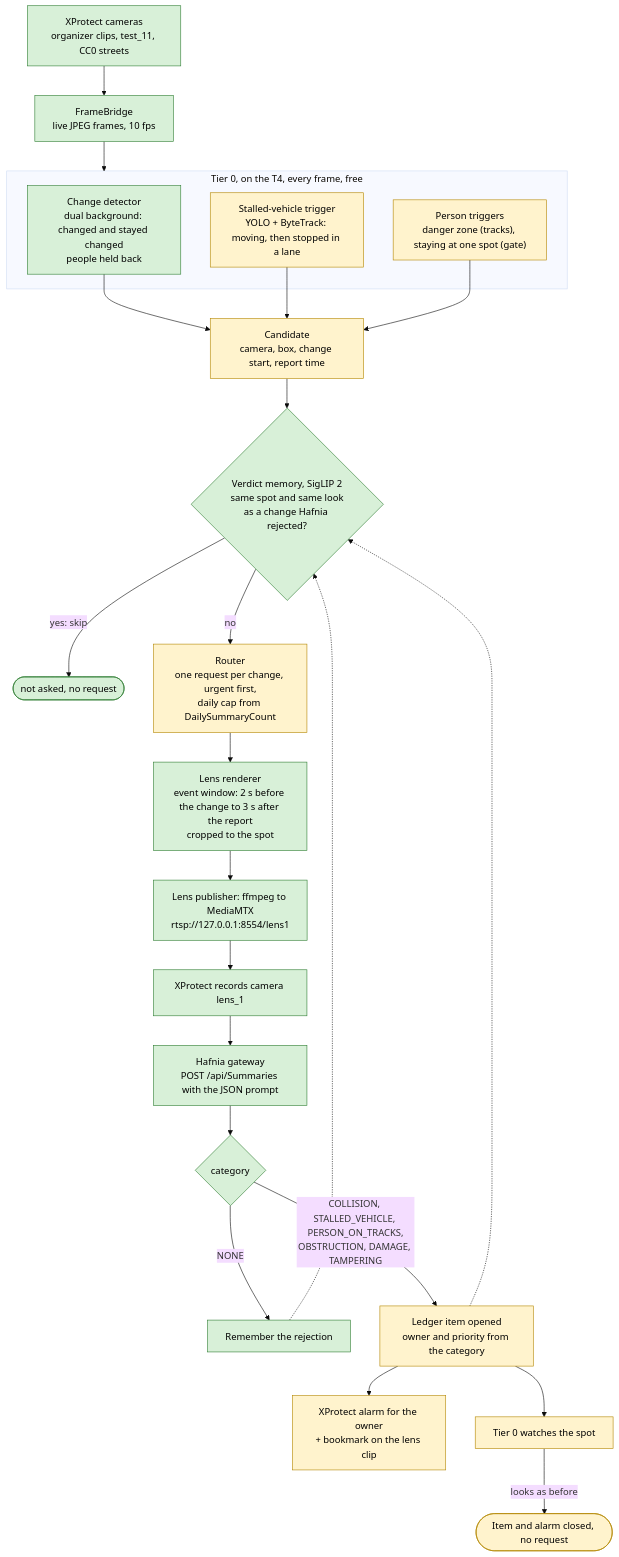
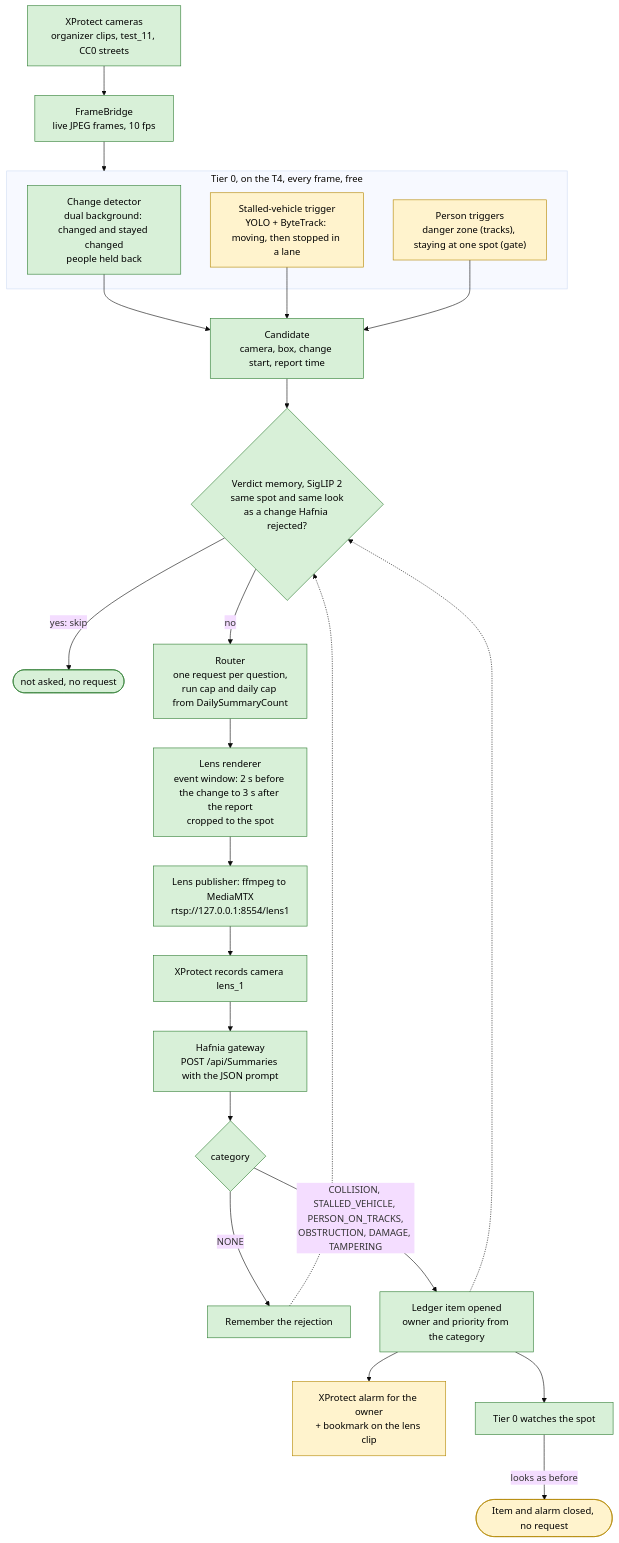
One commit to 1ho0jin1/clearway-hafnia changed the diagram in docs/PLAN-C.md. Above: the diagram before and after it, drawn with Mermaid (base theme). The commit also changed other lines of this file and 23 other files, not shown here.

````diff
--- a/docs/PLAN-C.md
+++ b/docs/PLAN-C.md
@@ -54,35 +54,35 @@
 ```mermaid
 flowchart TD
     CAM["XProtect cameras<br/>organizer clips, test_11, CC0 streets"] --> FB["FrameBridge<br/>live JPEG frames, 10 fps"]
     FB --> T0
 
     subgraph T0["Tier 0, on the T4, every frame, free"]
         CD["Change detector<br/>dual background: changed and stayed changed<br/>people held back"]
         SV["Stalled-vehicle trigger<br/>YOLO + ByteTrack: moving, then stopped in a lane"]
         PT["Person triggers<br/>danger zone (tracks), staying at one spot (gate)"]
     end
 
     CD --> CAND["Candidate<br/>camera, box, change start, report time"]
     SV --> CAND
     PT --> CAND
     CAND --> MEM{"Verdict memory, SigLIP 2<br/>same spot and same look<br/>as a change Hafnia rejected?"}
     MEM -- "yes: skip" --> DROP(["not asked, no request"])
-    MEM -- no --> RT["Router<br/>one request per change, urgent first,<br/>daily cap from DailySummaryCount"]
+    MEM -- no --> RT["Router<br/>one request per question,<br/>run cap and daily cap from DailySummaryCount"]
     RT --> LENS["Lens renderer<br/>event window: 2 s before the change to 3 s after the report<br/>cropped to the spot"]
     LENS --> PUB["Lens publisher: ffmpeg to MediaMTX<br/>rtsp://127.0.0.1:8554/lens1"]
     PUB --> L1["XProtect records camera lens_1"]
     L1 --> GW["Hafnia gateway<br/>POST /api/Summaries with the JSON prompt"]
     GW --> ANS{"category"}
     ANS -- NONE --> REJ["Remember the rejection"]
     REJ -.-> MEM
     ANS -- "COLLISION, STALLED_VEHICLE, PERSON_ON_TRACKS,<br/>OBSTRUCTION, DAMAGE, TAMPERING" --> ITEM["Ledger item opened<br/>owner and priority from the category"]
     ITEM --> ALARM["XProtect alarm for the owner<br/>+ bookmark on the lens clip"]
     ITEM -.-> MEM
     ITEM --> WATCH["Tier 0 watches the spot"]
     WATCH -- "looks as before" --> CLOSE(["Item and alarm closed, no request"])
 
     classDef built fill:#d8f0d8,stroke:#2e7d32,color:#000
     classDef planned fill:#fff3cd,stroke:#b38600,color:#000
-    class CAM,FB,CD,MEM,DROP,LENS,PUB,L1,GW,ANS,REJ built
-    class SV,PT,CAND,RT,ITEM,ALARM,WATCH,CLOSE planned
+    class CAM,FB,CD,CAND,MEM,DROP,RT,LENS,PUB,L1,GW,ANS,REJ,ITEM,WATCH built
+    class SV,PT,ALARM,CLOSE planned
 ```
````
